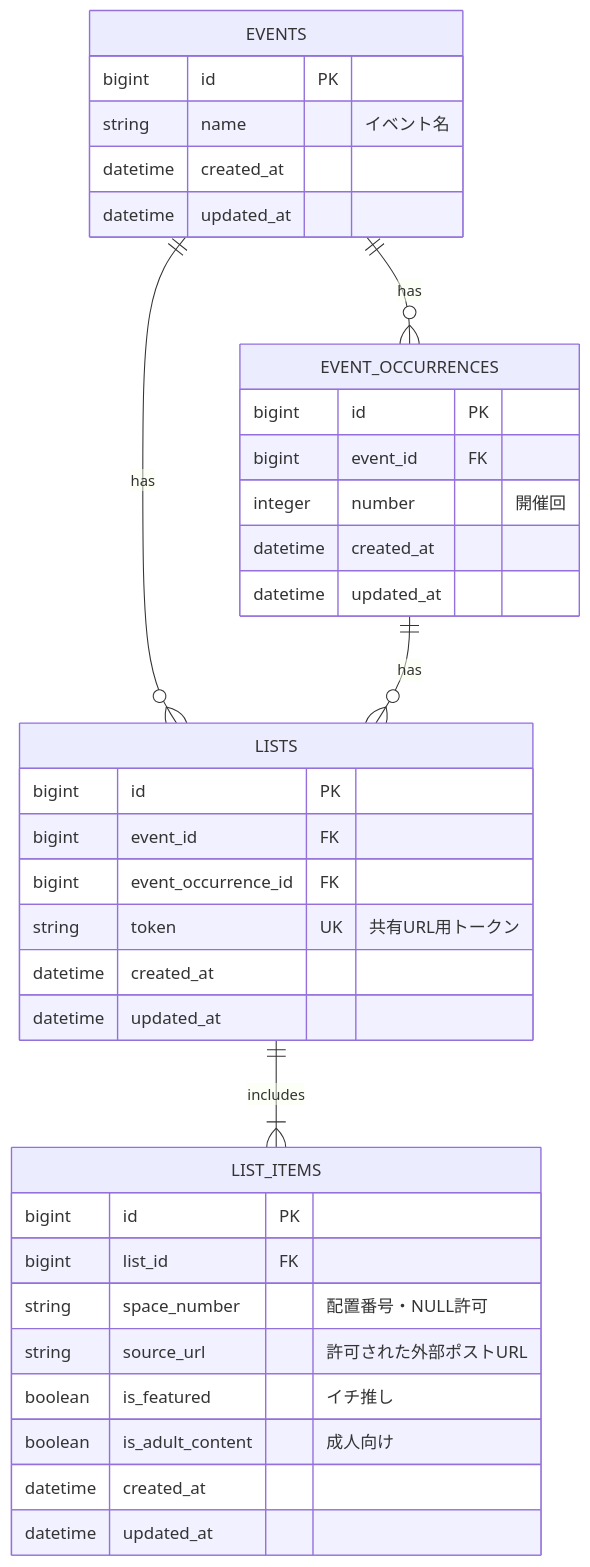
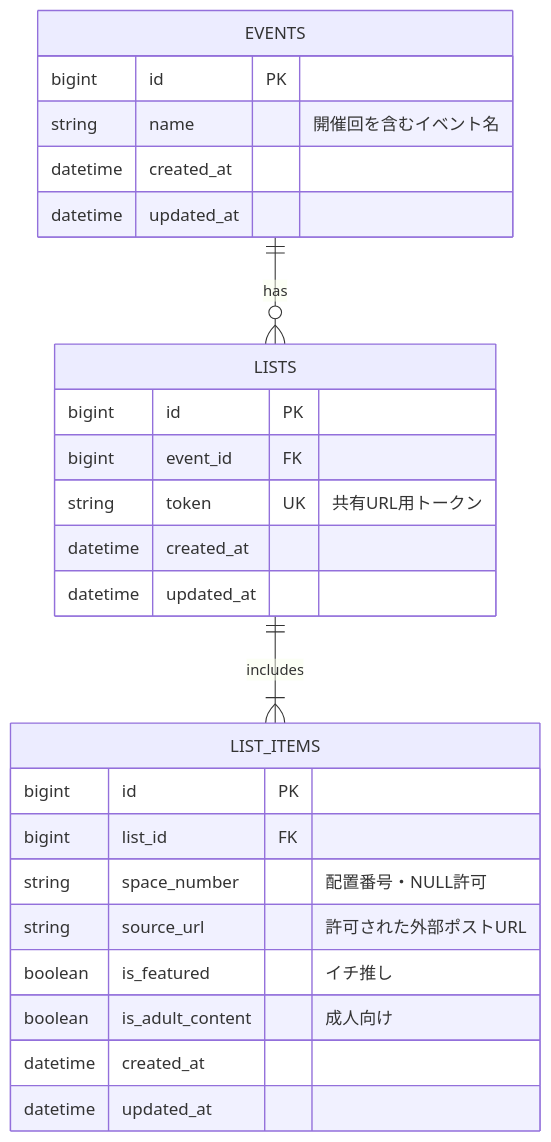
The diagram in mermaid.md (GoneTarou/Oshinagakiapp), drawn with Mermaid before and after one commit. The commit also changed other lines of this file and 16 other files, not shown here.

````diff
--- a/mermaid.md
+++ b/mermaid.md
@@ -3,42 +3,31 @@
 ```mermaid
 erDiagram
-    EVENTS ||--o{ EVENT_OCCURRENCES : has
     EVENTS ||--o{ LISTS : has
-    EVENT_OCCURRENCES ||--o{ LISTS : has
     LISTS ||--|{ LIST_ITEMS : includes
 
     EVENTS {
         bigint id PK
-        string name "イベント名"
-        datetime created_at
-        datetime updated_at
-    }
-
-    EVENT_OCCURRENCES {
-        bigint id PK
-        bigint event_id FK
-        integer number "開催回"
+        string name "開催回を含むイベント名"
         datetime created_at
         datetime updated_at
     }
 
     LISTS {
         bigint id PK
         bigint event_id FK
-        bigint event_occurrence_id FK
         string token UK "共有URL用トークン"
         datetime created_at
         datetime updated_at
     }
 
     LIST_ITEMS {
         bigint id PK
         bigint list_id FK
         string space_number "配置番号・NULL許可"
         string source_url "許可された外部ポストURL"
         boolean is_featured "イチ推し"
         boolean is_adult_content "成人向け"
         datetime created_at
         datetime updated_at
     }
 ```
````
